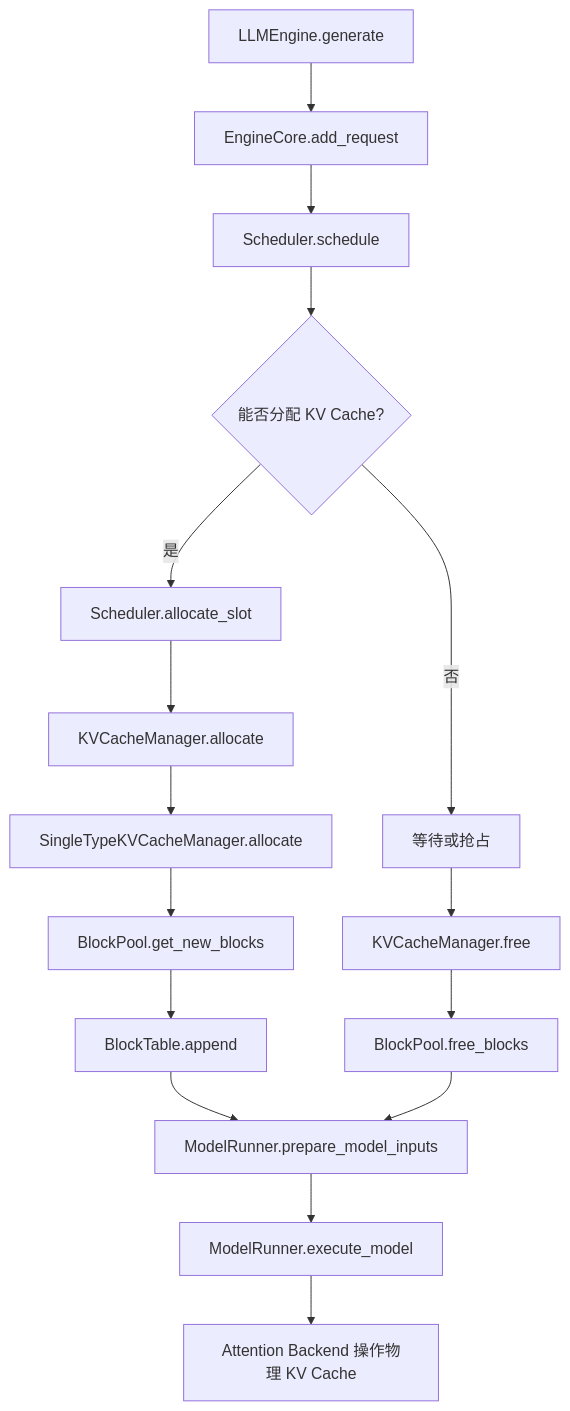
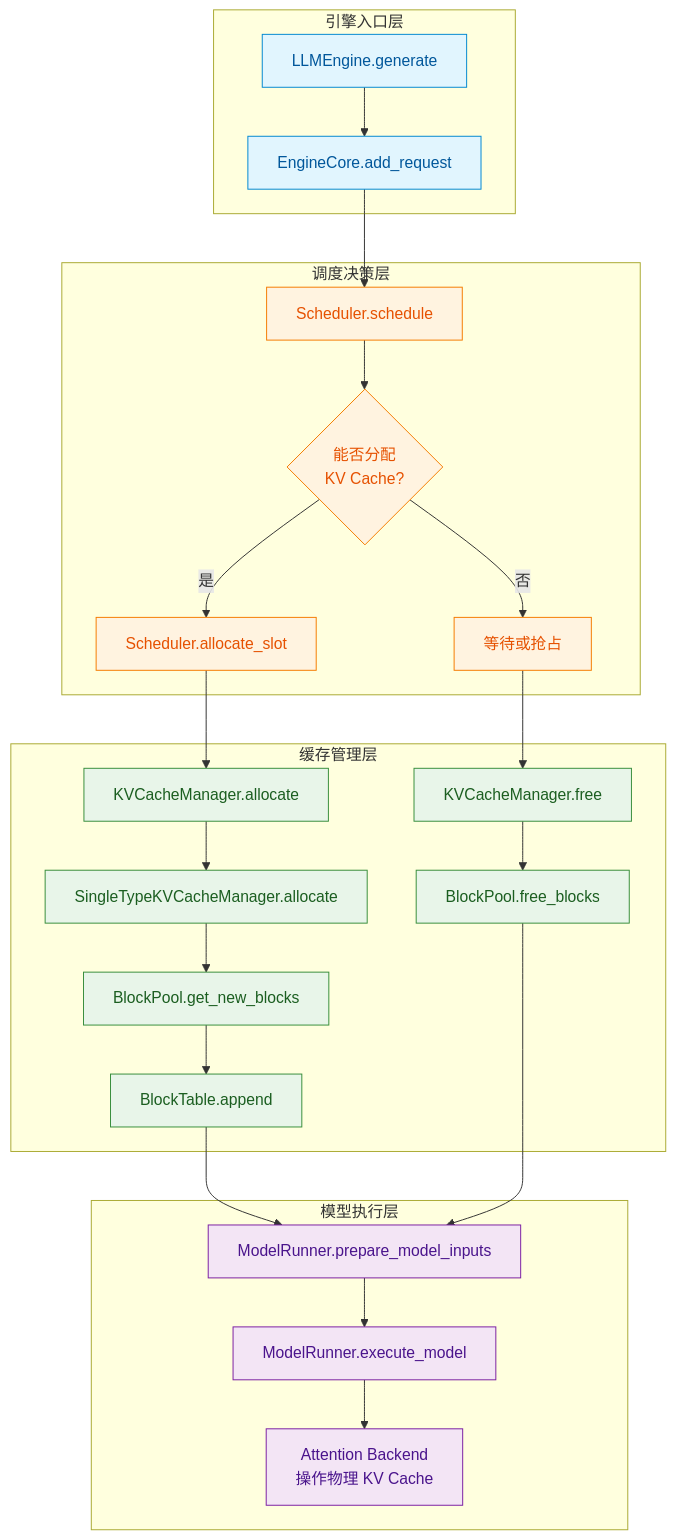
The diagram in docs/architecture.md (Rigel-Chen/vllm-walkthrough), drawn with Mermaid before and after one commit. The commit also changed other lines of this file, not shown here.

````diff
--- a/docs/architecture.md
+++ b/docs/architecture.md
@@ -5,28 +6,65 @@
 ```mermaid
 flowchart TD
-    A[LLMEngine.generate] --> B[EngineCore.add_request]
-    B --> C[Scheduler.schedule]
-    C --> D{能否分配 KV Cache?}
-    D -- 是 --> E[Scheduler.allocate_slot]
-    D -- 否 --> F[等待或抢占]
-    E --> G[KVCacheManager.allocate]
-    G --> H[SingleTypeKVCacheManager.allocate]
-    H --> I[BlockPool.get_new_blocks]
-    I --> J[BlockTable.append]
-    F --> K[KVCacheManager.free]
-    K --> L[BlockPool.free_blocks]
-    J --> M[ModelRunner.prepare_model_inputs]
+    %% ========== 引擎层 ==========
+    subgraph Engine["  引擎入口层"]
+        A[LLMEngine.generate]
+        B[EngineCore.add_request]
+    end
+
+    %% ========== 调度层 ==========
+    subgraph SchedulerLayer["  调度决策层"]
+        C[Scheduler.schedule]
+        D{能否分配<br>KV Cache?}
+        E[Scheduler.allocate_slot]
+        F[等待或抢占]
+    end
+
+    %% ========== 缓存管理层 ==========
+    subgraph CacheLayer["  缓存管理层"]
+        G[KVCacheManager.allocate]
+        H[SingleTypeKVCacheManager.allocate]
+        I[BlockPool.get_new_blocks]
+        J[BlockTable.append]
+        K[KVCacheManager.free]
+        L[BlockPool.free_blocks]
+    end
+
+    %% ========== 模型执行层 ==========
+    subgraph ModelLayer["  模型执行层"]
+        M[ModelRunner.prepare_model_inputs]
+        N[ModelRunner.execute_model]
+        O[Attention Backend<br>操作物理 KV Cache]
+    end
+
+    A --> B --> C --> D
+    D -- 是 --> E --> G --> H --> I --> J
+    D -- 否 --> F --> K --> L
+    J --> M
     L --> M
-    M --> N[ModelRunner.execute_model]
-    N --> O[Attention Backend 操作物理 KV Cache]
+    M --> N --> O
+
+    %% 节点样式
+    class A,B engineNode
+    class C,D,E,F schedNode
+    class G,H,I,J,K,L cacheNode
+    class M,N,O modelNode
+
+    classDef engineNode fill:#e1f5fe,stroke:#0288d1,color:#01579b
+    classDef schedNode fill:#fff3e0,stroke:#f57c00,color:#e65100
+    classDef cacheNode fill:#e8f5e9,stroke:#388e3c,color:#1b5e20
+    classDef modelNode fill:#f3e5f5,stroke:#7b1fa2,color:#4a148c
 
     click A "../api/llm_engine/#llmengine.generate"
     click B "../api/llm_engine/#enginecore.add_request"
     click C "../api/scheduler/#scheduler.schedule"
     click E "../api/scheduler/#scheduler.allocate_slot"
     click G "../api/kv_cache_manager/#kvcachemanager.allocate"
     click H "../api/kv_cache_manager/#singletypekvcachemanager.allocate"
     click I "../api/block_pool/#blockpool.get_new_blocks"
+    click J "../api/block_table/#blocktable.append"
     click K "../api/kv_cache_manager/#kvcachemanager.free"
     click L "../api/block_pool/#blockpool.free_blocks"
+    click M "../api/model_runner/#modelrunner.prepare_model_inputs"
+    click N "../api/model_runner/#modelrunner.execute_model"
+    click O "../api/attention_backend/"
 ```
````
